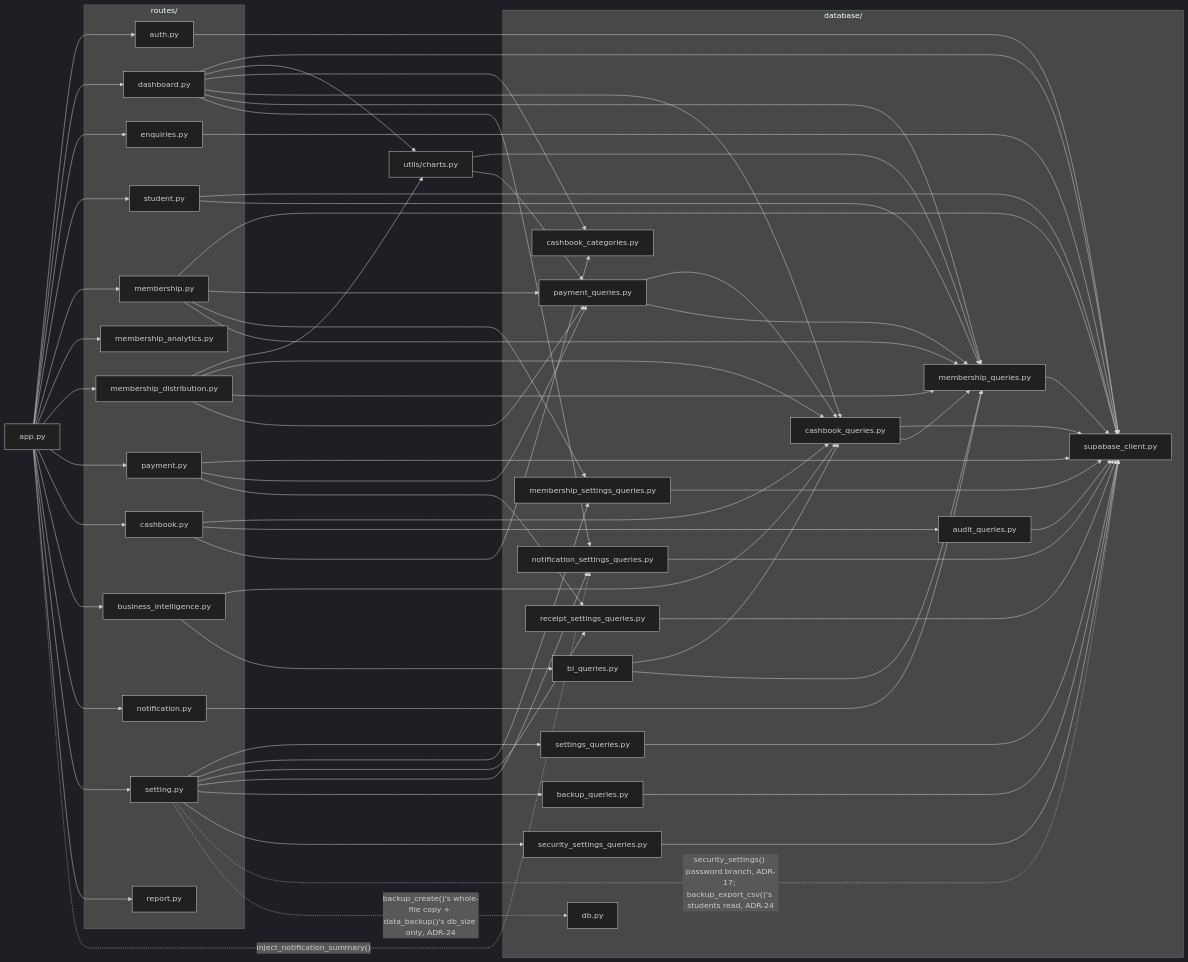
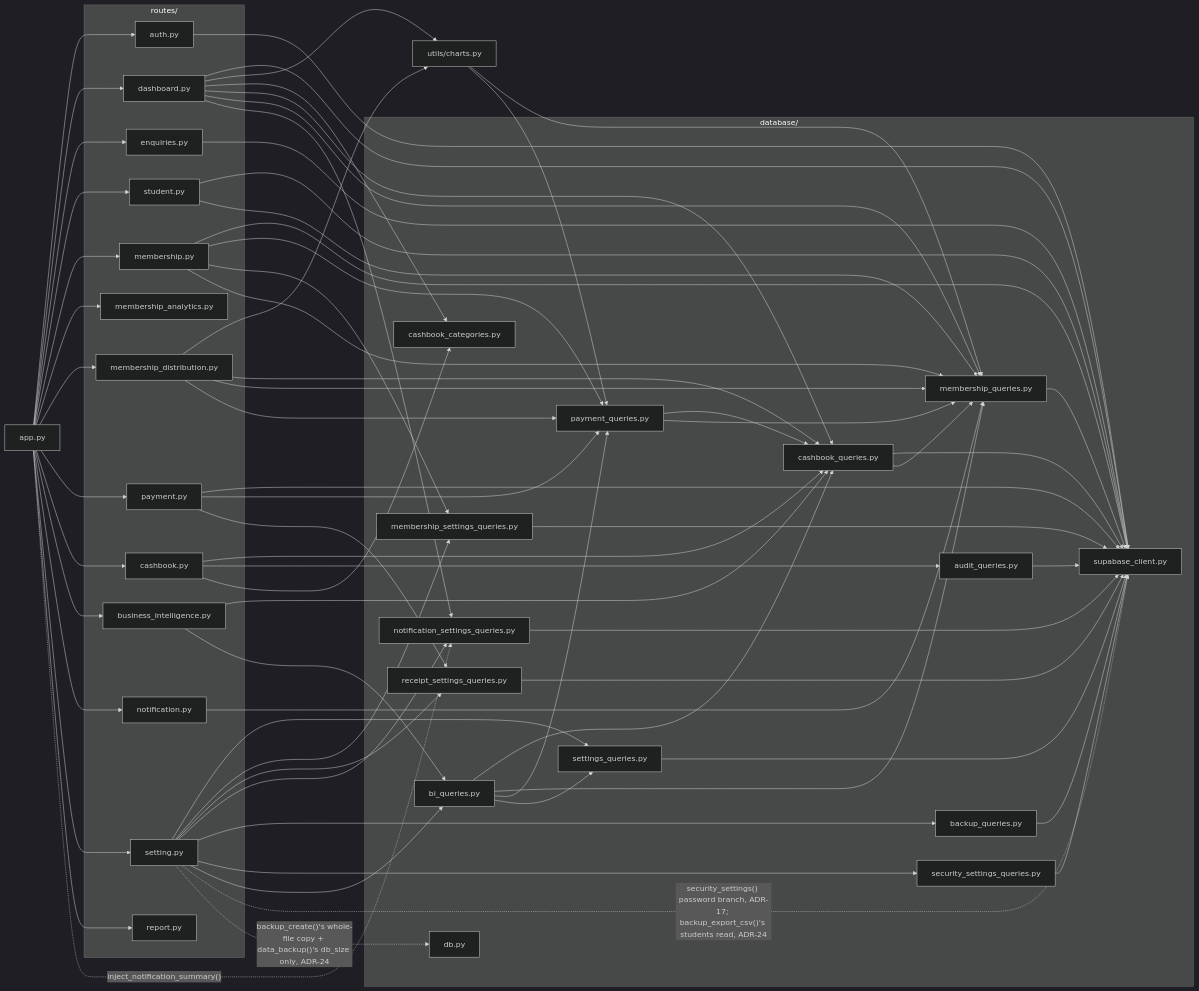
One commit to saloni-keshore/smart-library-management-system changed the fifth of 5 diagrams in docs/DIAGRAMS.md. Above: the diagram before and after it, drawn with Mermaid (dark theme). The commit also changed 43 other files, not shown here.

```diff
--- a/docs/DIAGRAMS.md
+++ b/docs/DIAGRAMS.md
@@ -381,6 +381,7 @@
     setting_py --> notification_settings_queries_py
     setting_py --> backup_queries_py
     setting_py --> security_settings_queries_py
+    setting_py --> bi_queries_py
     setting_py -.->|"security_settings() password branch, ADR-17; backup_export_csv()'s students read, ADR-24"| supabase_client_py
     setting_py -.->|"backup_create()'s whole-file copy + data_backup()'s db_size only, ADR-24"| db_py
     app_py -.->|"inject_notification_summary()"| notification_settings_queries_py
@@ -390,6 +391,8 @@
     cashbook_queries_py --> membership_queries_py
     bi_queries_py --> cashbook_queries_py
     bi_queries_py --> membership_queries_py
+    bi_queries_py --> payment_queries_py
+    bi_queries_py --> settings_queries_py
     audit_queries_py --> supabase_client_py
     membership_settings_queries_py --> supabase_client_py
     membership_queries_py --> supabase_client_py
```
